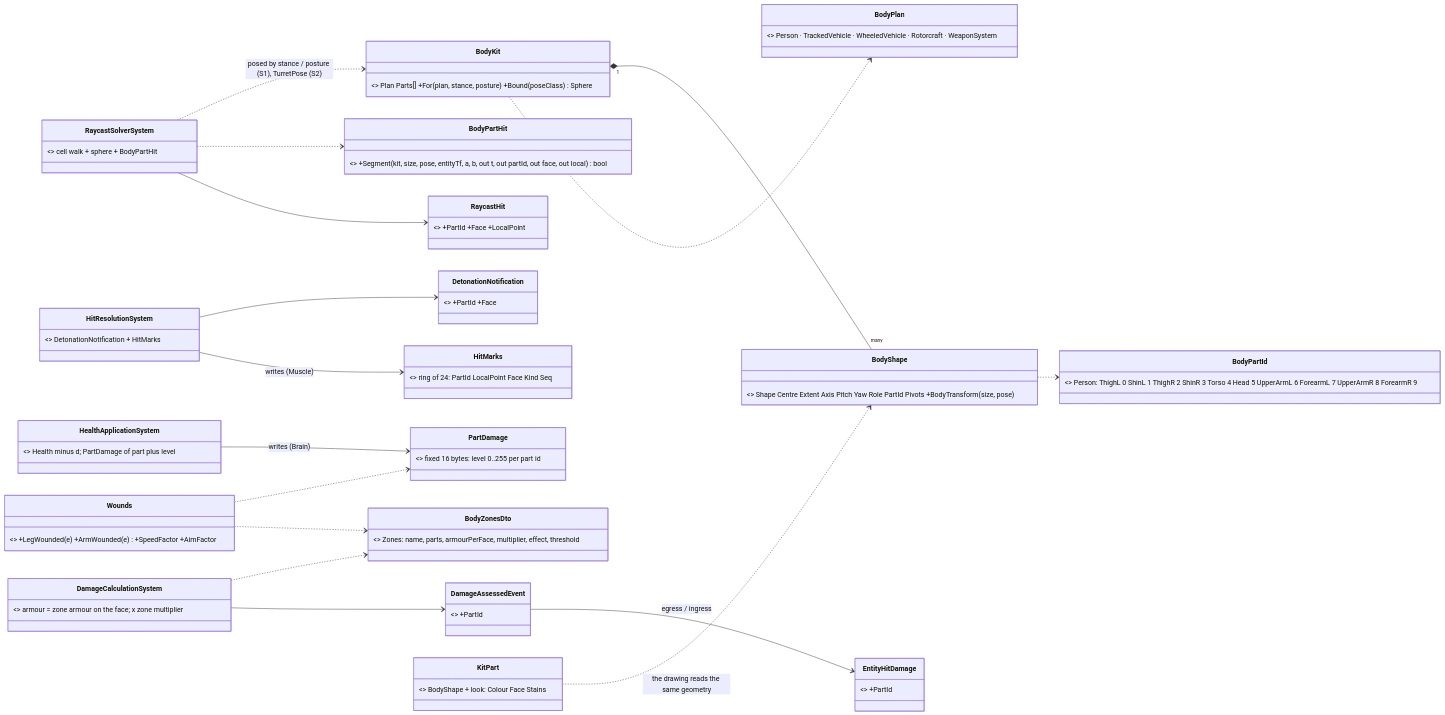
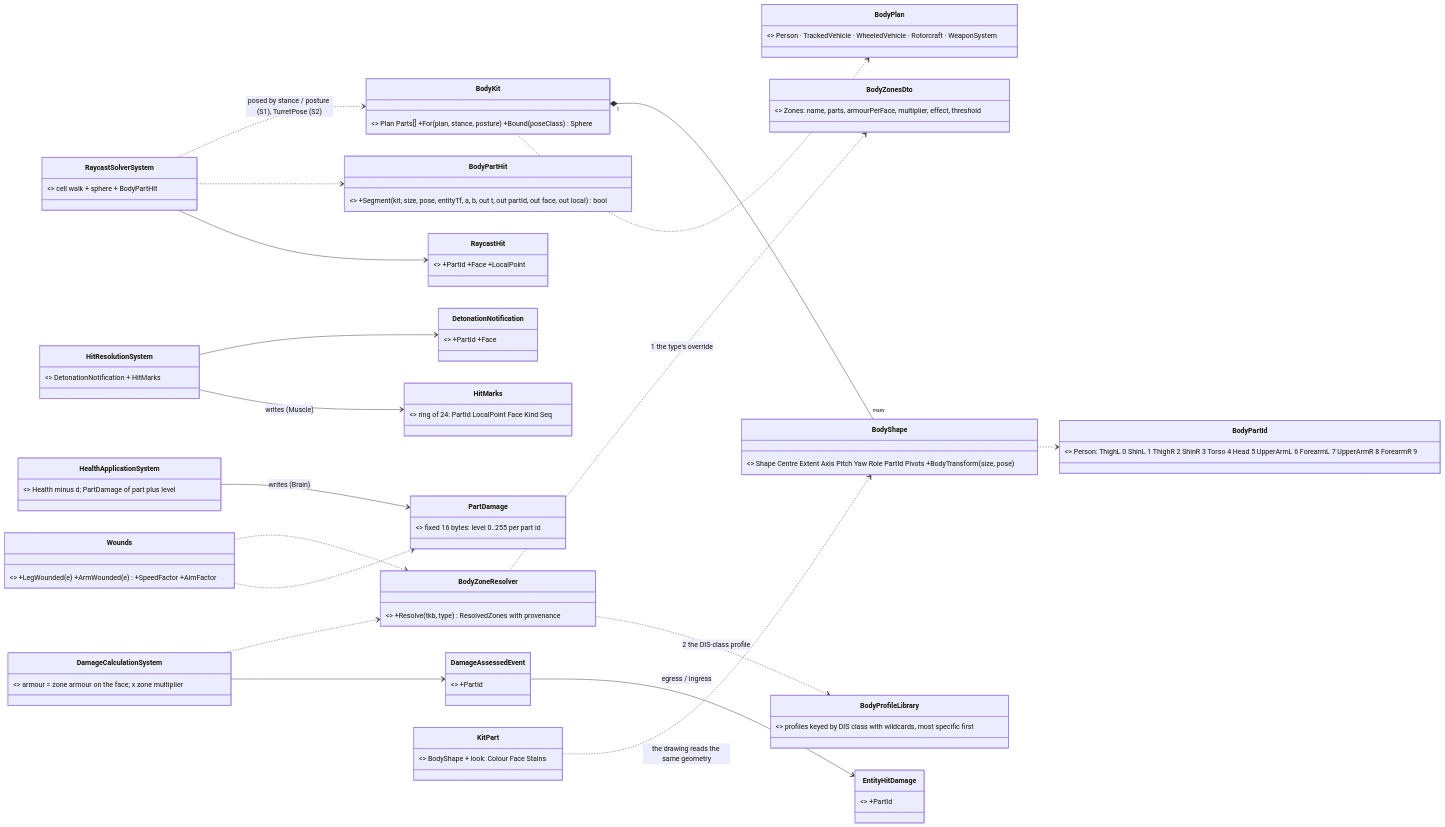
Before and after one commit to pjanec/HROT: the first of 3 diagrams in docs/designs/hit-location/DESIGN_Body_Parts_And_Hit_Location.md, drawn with Mermaid. The commit also changed other lines of this file and 2 other files, not shown here.

Commit message:
design: hit location HL-12 — body profiles by DIS class, sparse per-type overrides (user-approved)
Zones are defined once per DIS class in the Reference Library (bodies.json) and overridden
per TKB type only where needed, through the existing resolver chain with provenance
(Terrain Combat Tuning §2's reserved ReferenceByDis step). Built in S1b (CE-3210).
Ruling R-3010 extended; Terrain Combat Tuning <-> hit-location related-designs.

Claude-Session: https://claude.ai/code/session_016PWAjRc7H4wWGQJEoQ5oqk

````diff
--- a/docs/designs/hit-location/DESIGN_Body_Parts_And_Hit_Location.md
+++ b/docs/designs/hit-location/DESIGN_Body_Parts_And_Hit_Location.md
@@ -60,37 +61,41 @@
 ```mermaid
 classDiagram
   direction LR
   class BodyPlan { <<enum, NEW>> Person · TrackedVehicle · WheeledVehicle · Rotorcraft · WeaponSystem }
   class BodyPartId { <<byte per plan, NEW>> Person: ThighL 0 ShinL 1 ThighR 2 ShinR 3 Torso 4 Head 5 UpperArmL 6 ForearmL 7 UpperArmR 8 ForearmR 9 }
   class BodyShape { <<NEW, geometry half of KitPart>> Shape Centre Extent Axis Pitch Yaw Role PartId Pivots +BodyTransform(size, pose) }
   class BodyKit { <<NEW, Fdp.Toolkits Physics.BodyParts>> Plan Parts[] +For(plan, stance, posture) +Bound(poseClass) Sphere }
   class BodyPartHit { <<NEW static>> +Segment(kit, size, pose, entityTf, a, b, out t, out partId, out face, out local) bool }
   class RaycastSolverSystem { <<existing, grows>> cell walk + sphere + BodyPartHit }
   class RaycastHit { <<existing, grows - APPENDED>> +PartId +Face +LocalPoint }
   class HitResolutionSystem { <<existing, grows>> DetonationNotification + HitMarks }
   class DetonationNotification { <<existing, grows - APPENDED>> +PartId +Face }
-  class BodyZonesDto { <<NEW TKB Combat.BodyZones; plan defaults, type overrides>> Zones: name, parts, armourPerFace, multiplier, effect, threshold }
+  class BodyZonesDto { <<NEW TKB Combat.BodyZones, SPARSE per-type override>> Zones: name, parts, armourPerFace, multiplier, effect, threshold }
+  class BodyProfileLibrary { <<NEW, Reference Library bodies.json>> profiles keyed by DIS class with wildcards, most specific first }
+  class BodyZoneResolver { <<NEW, beside ParameterResolver>> +Resolve(tkb, type) ResolvedZones with provenance }
   class DamageCalculationSystem { <<existing, grows>> armour = zone armour on the face; x zone multiplier }
   class DamageAssessedEvent { <<existing, grows - APPENDED>> +PartId }
   class EntityHitDamage { <<existing DDS, grows - APPENDED R-169>> +PartId }
   class HealthApplicationSystem { <<existing, grows>> Health minus d; PartDamage of part plus level }
   class PartDamage { <<NEW component, Brain group, replicated>> fixed 16 bytes: level 0..255 per part id }
   class HitMarks { <<NEW component, Muscle group, replicated, added on first hit>> ring of 24: PartId LocalPoint Face Kind Seq }
   class Wounds { <<NEW static, derived like Injury>> +LegWounded(e) +ArmWounded(e) +SpeedFactor +AimFactor }
   class KitPart { <<existing ui, shrinks>> BodyShape + look: Colour Face Stains }
   BodyKit "1" *-- "many" BodyShape
   BodyShape ..> BodyPartId
   BodyKit ..> BodyPlan
   RaycastSolverSystem ..> BodyKit : posed by stance / posture (S1), TurretPose (S2)
   RaycastSolverSystem ..> BodyPartHit
   RaycastSolverSystem --> RaycastHit
   HitResolutionSystem --> DetonationNotification
   HitResolutionSystem --> HitMarks : writes (Muscle)
-  DamageCalculationSystem ..> BodyZonesDto
+  DamageCalculationSystem ..> BodyZoneResolver
+  BodyZoneResolver ..> BodyZonesDto : 1 the type's override
+  BodyZoneResolver ..> BodyProfileLibrary : 2 the DIS-class profile
+  Wounds ..> BodyZoneResolver
   DamageCalculationSystem --> DamageAssessedEvent
   DamageAssessedEvent --> EntityHitDamage : egress / ingress
   HealthApplicationSystem --> PartDamage : writes (Brain)
   Wounds ..> PartDamage
-  Wounds ..> BodyZonesDto
   KitPart ..> BodyShape : the drawing reads the same geometry
 ```
````
